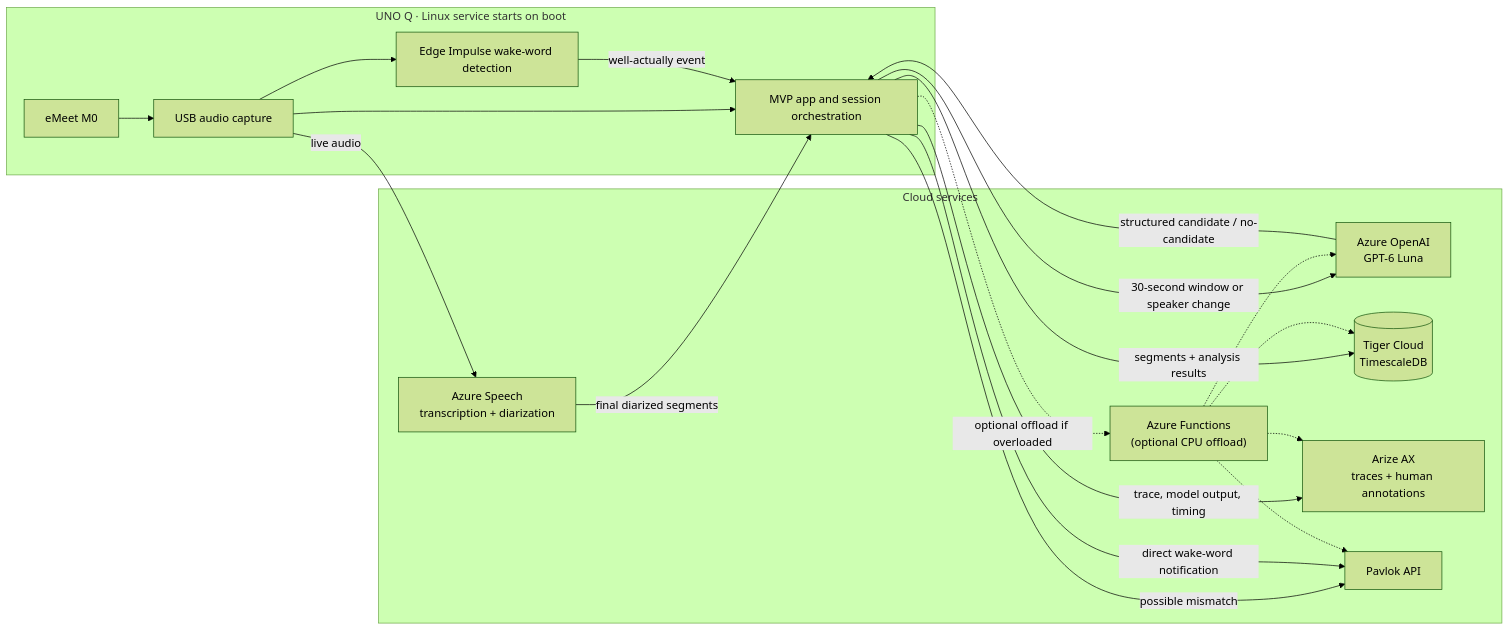
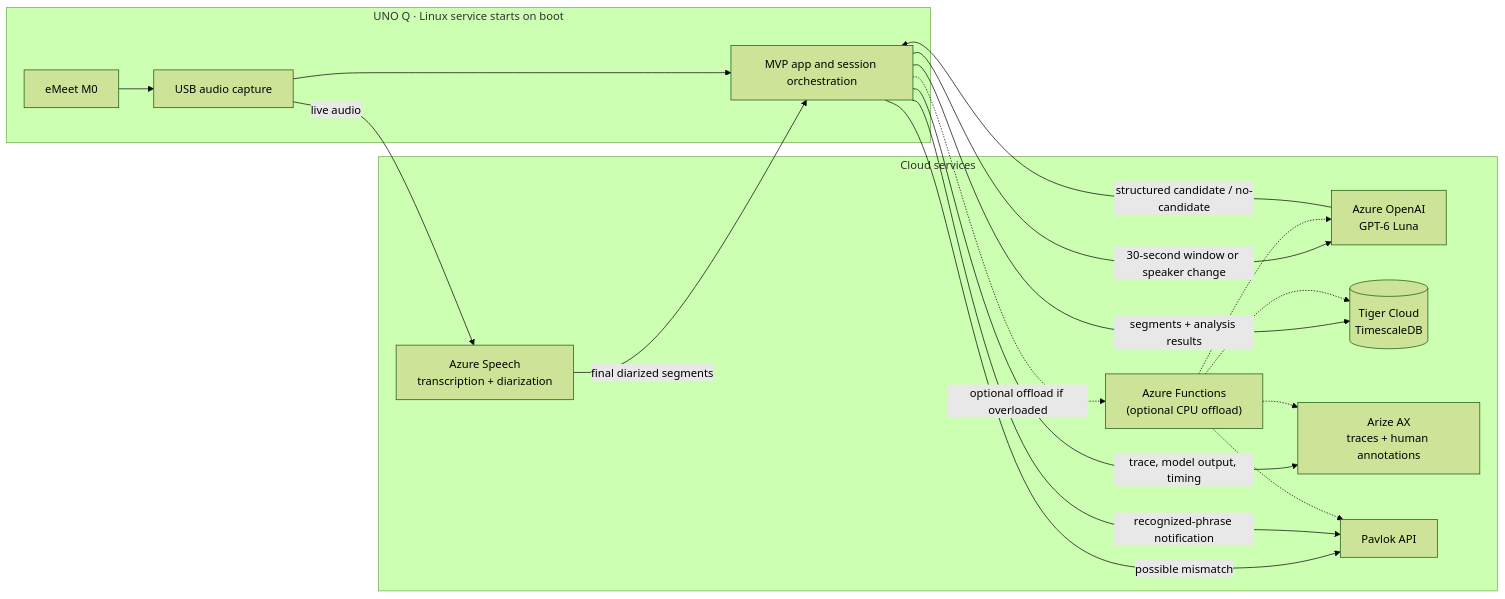
Before and after one commit to jimbobbennett/well-actually: the diagram in docs/research.md, drawn with Mermaid (forest theme). The commit also changed other lines of this file and 15 other files, not shown here.

First line of the commit message:
Detect “Well actually” from Azure Speech transcripts (#6)

````diff
--- a/docs/research.md
+++ b/docs/research.md
@@ -14,32 +14,30 @@
 ```mermaid
 flowchart LR
     subgraph Edge["UNO Q · Linux service starts on boot"]
         Mic["eMeet M0"] --> Capture["USB audio capture"]
-        Capture --> Wake["Edge Impulse wake-word detection"]
         Capture --> App["MVP app and session orchestration"]
-        Wake -->|well-actually event| App
     end
 
     subgraph Cloud["Cloud services"]
         Speech["Azure Speech<br/>transcription + diarization"]
         LLM["Azure OpenAI<br/>GPT-6 Luna"]
         DB[("Tiger Cloud<br/>TimescaleDB")]
         AX["Arize AX<br/>traces + human annotations"]
         Pavlok["Pavlok API"]
         Functions["Azure Functions<br/>(optional CPU offload)"]
     end
 
     Capture -->|live audio| Speech
     Speech -->|final diarized segments| App
     App -->|segments + analysis results| DB
     App -->|30-second window or speaker change| LLM
     LLM -->|structured candidate / no-candidate| App
     App -->|trace, model output, timing| AX
     App -->|possible mismatch| Pavlok
-    App -->|direct wake-word notification| Pavlok
+    App -->|recognized-phrase notification| Pavlok
     App -.->|optional offload if overloaded| Functions
     Functions -.-> DB
     Functions -.-> LLM
     Functions -.-> AX
     Functions -.-> Pavlok
 ```
````
